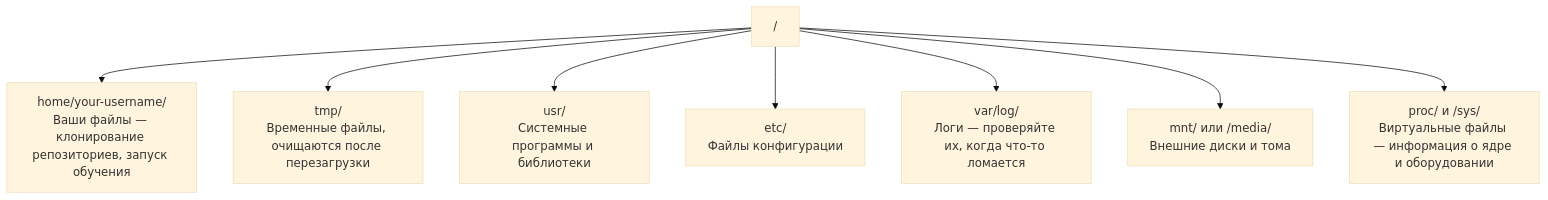
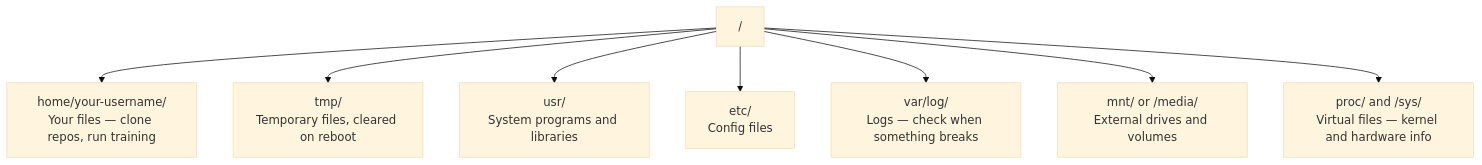
The diagram in phases/00-setup-and-tooling/11-linux-for-ai/docs/ru.md (stabuev/ai-engineering-from-scratch), drawn with Mermaid (base theme) before and after one commit. The commit also changed other lines of this file and 182 other files, not shown here.

````diff
--- a/phases/00-setup-and-tooling/11-linux-for-ai/docs/ru.md
+++ b/phases/00-setup-and-tooling/11-linux-for-ai/docs/ru.md
@@ -27,10 +27,10 @@
 ```mermaid
 graph TD
-    root["/"] --> home["home/your-username/<br/>Ваши файлы — клонирование репозиториев, запуск обучения"]
-    root --> tmp["tmp/<br/>Временные файлы, очищаются после перезагрузки"]
-    root --> usr["usr/<br/>Системные программы и библиотеки"]
-    root --> etc["etc/<br/>Файлы конфигурации"]
-    root --> varlog["var/log/<br/>Логи — проверяйте их, когда что-то ломается"]
-    root --> mnt["mnt/ или /media/<br/>Внешние диски и тома"]
-    root --> proc["proc/ и /sys/<br/>Виртуальные файлы — информация о ядре и оборудовании"]
+    root["/"] --> home["home/your-username/<br/>Your files — clone repos, run training"]
+    root --> tmp["tmp/<br/>Temporary files, cleared on reboot"]
+    root --> usr["usr/<br/>System programs and libraries"]
+    root --> etc["etc/<br/>Config files"]
+    root --> varlog["var/log/<br/>Logs — check when something breaks"]
+    root --> mnt["mnt/ or /media/<br/>External drives and volumes"]
+    root --> proc["proc/ and /sys/<br/>Virtual files — kernel and hardware info"]
 ```
````
